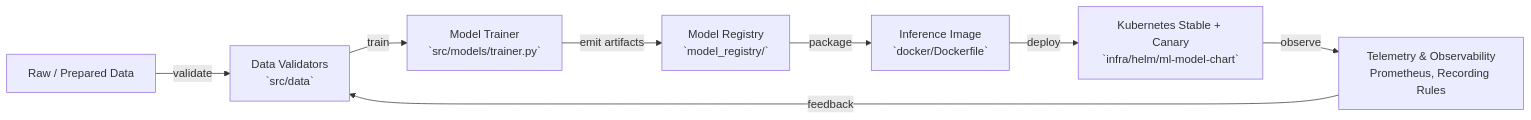
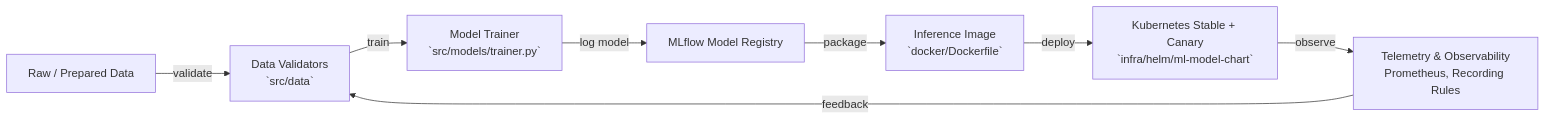
Before and after one commit to arec1b0/ml-cicd-pipeline: the diagram in README.md, drawn with Mermaid. The commit also changed other lines of this file and 10 other files, not shown here.

````diff
--- a/README.md
+++ b/README.md
@@ -14,10 +14,10 @@
 ```mermaid
 flowchart LR
     A[Raw / Prepared Data] -->|validate| B[Data Validators<br/>`src/data`]
     B -->|train| C[Model Trainer<br/>`src/models/trainer.py`]
-    C -->|emit artifacts| D[Model Registry<br/>`model_registry/`]
+    C -->|log model| D[MLflow Model Registry]
     D -->|package| E[Inference Image<br/>`docker/Dockerfile`]
     E -->|deploy| F[Kubernetes Stable + Canary<br/>`infra/helm/ml-model-chart`]
     F -->|observe| G[Telemetry & Observability<br/>Prometheus, Recording Rules]
     G -->|feedback| B
 ```
````
